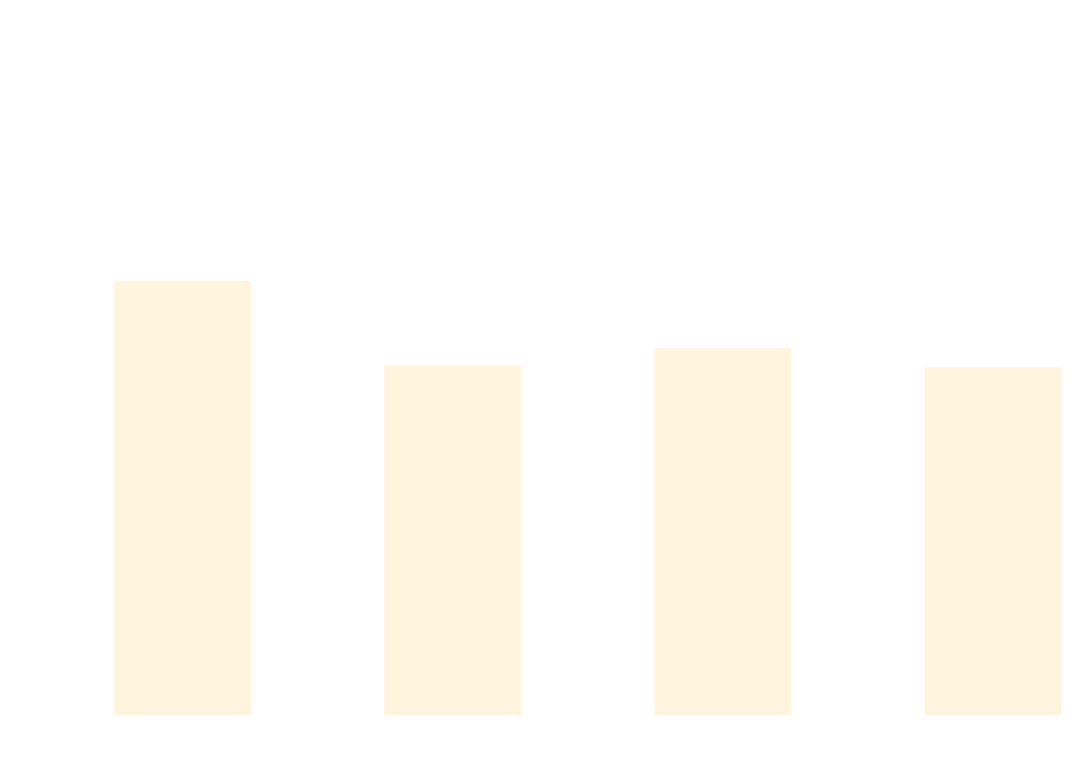
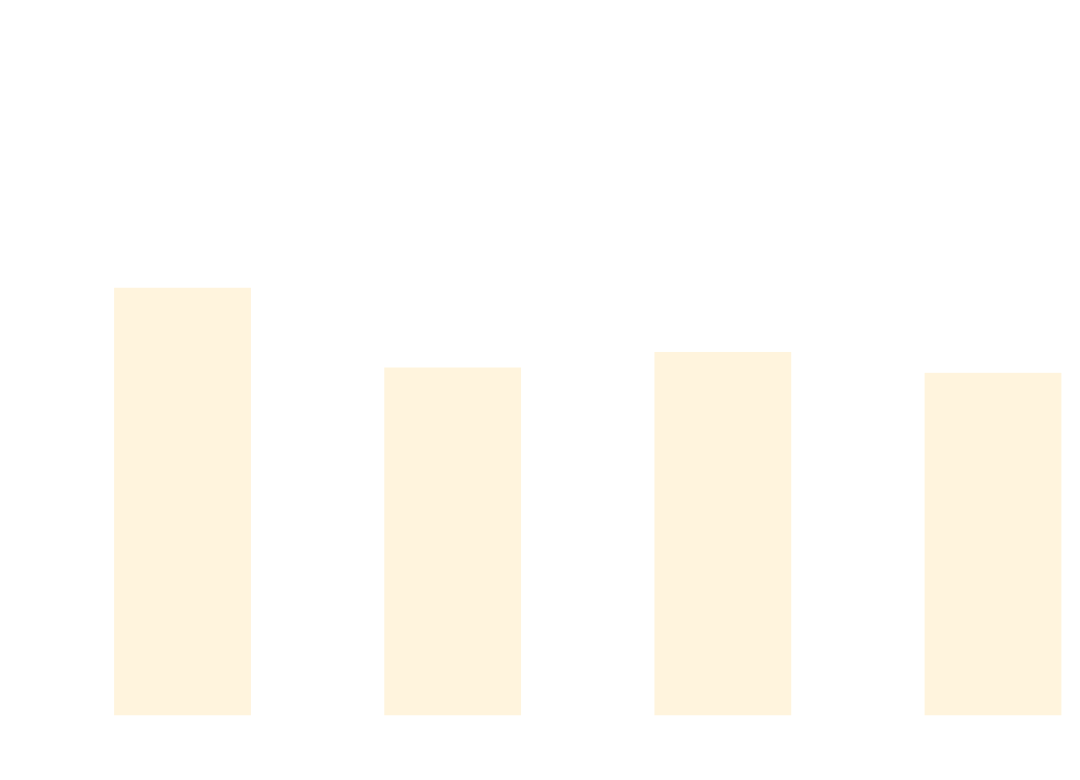
One commit to thomhurst/TUnit changed the diagram in docs/docs/benchmarks/BuildTime.md. Above: the diagram before and after it, drawn with Mermaid. The commit also changed other lines of this file and 17 other files, not shown here.

````diff
--- a/docs/docs/benchmarks/BuildTime.md
+++ b/docs/docs/benchmarks/BuildTime.md
@@ -28,37 +28,37 @@
 ```mermaid
 %%{init: {
   'theme':'base',
   'themeVariables': {
     'primaryColor': '#2563eb',
     'primaryTextColor': '#ffffff',
     'primaryBorderColor': '#1e40af',
     'lineColor': '#6b7280',
     'secondaryColor': '#7c3aed',
     'tertiaryColor': '#dc2626',
     'background': '#ffffff',
     'mainBkg': '#2563eb',
     'secondBkg': '#7c3aed',
     'tertiaryBkg': '#dc2626',
     'clusterBkg': '#f3f4f6',
     'edgeLabelBackground': '#ffffff',
     'tertiaryTextColor': '#1f2937',
     'pie1': '#2563eb',
     'pie2': '#7c3aed',
     'pie3': '#dc2626',
     'pie4': '#f59e0b',
     'pie5': '#10b981',
     'pie6': '#06b6d4',
     'pie7': '#ec4899',
     'pie8': '#6366f1',
     'pie9': '#84cc16',
     'pie10': '#f97316',
     'pie11': '#14b8a6',
     'pie12': '#a855f7'
   }
 }}%%
 xychart-beta
   title "Build Time Comparison"
   x-axis ["Build_TUnit", "Build_NUnit", "Build_MSTest", "Build_xUnit3"]
   y-axis "Time (s)" 0 --> 3
-  bar [2.067, 1.654, 1.737, 1.644]
+  bar [2.033, 1.643, 1.719, 1.617]
 ```
````
